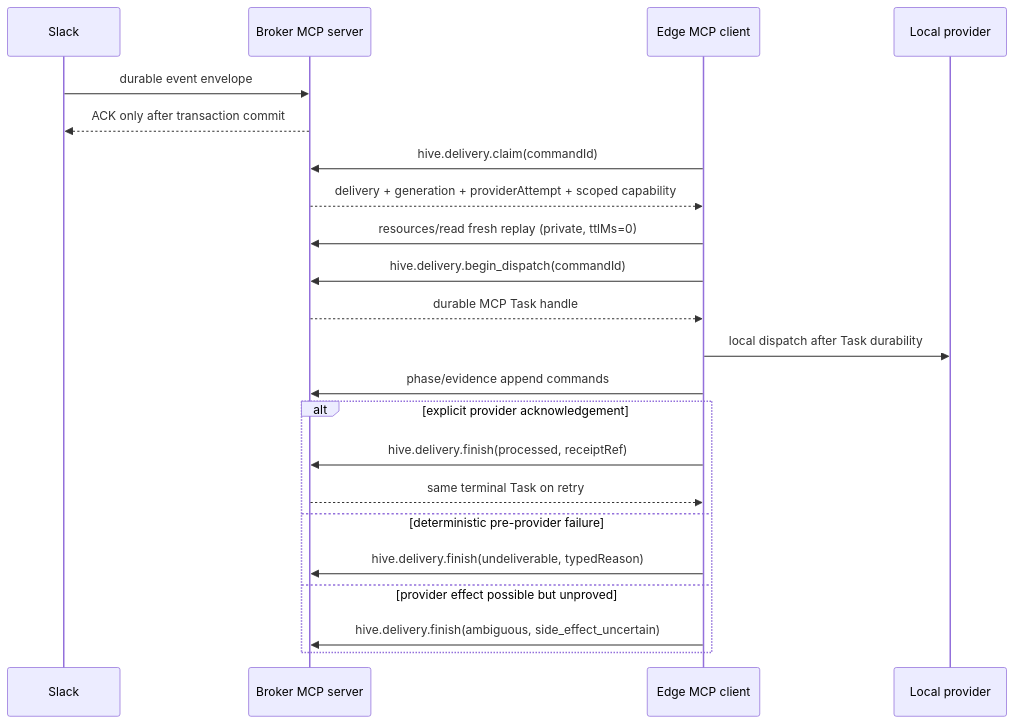
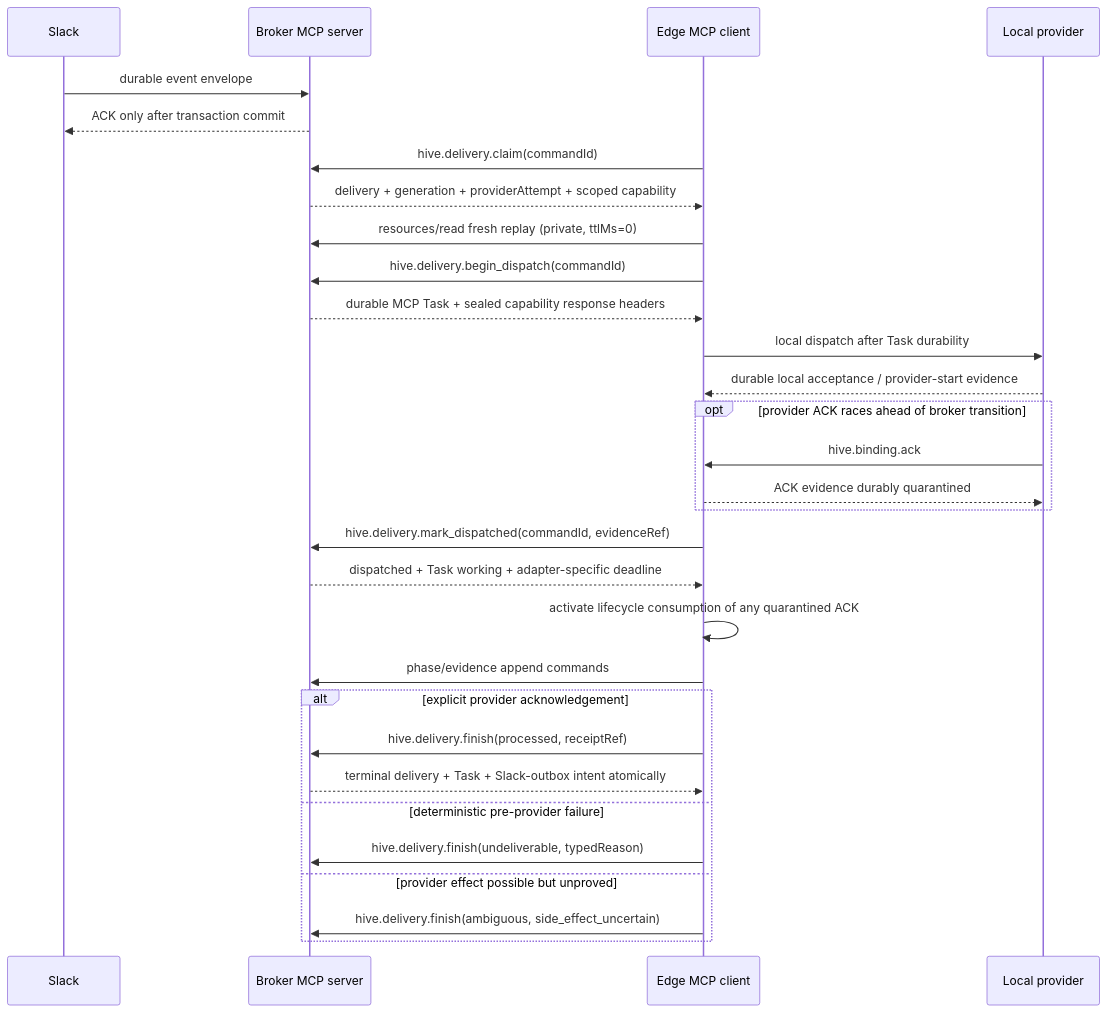
Before and after one commit to Skrates/hive: the second of 2 diagrams in docs/adr/0002-stateless-mcp-capability-plane.md, drawn with Mermaid. The commit also changed other lines of this file and 1 other file, not shown here.

Commit message:
docs(adr): close Hive v0.4 review gaps

````diff
--- a/docs/adr/0002-stateless-mcp-capability-plane.md
+++ b/docs/adr/0002-stateless-mcp-capability-plane.md
@@ -66,25 +67,33 @@
 ```mermaid
 sequenceDiagram
   participant S as Slack
   participant B as Broker MCP server
   participant E as Edge MCP client
   participant P as Local provider
 
   S->>B: durable event envelope
   B-->>S: ACK only after transaction commit
   E->>B: hive.delivery.claim(commandId)
   B-->>E: delivery + generation + providerAttempt + scoped capability
   E->>B: resources/read fresh replay (private, ttlMs=0)
   E->>B: hive.delivery.begin_dispatch(commandId)
-  B-->>E: durable MCP Task handle
+  B-->>E: durable MCP Task + sealed capability response headers
   E->>P: local dispatch after Task durability
+  P-->>E: durable local acceptance / provider-start evidence
+  opt provider ACK races ahead of broker transition
+    P->>E: hive.binding.ack
+    E-->>P: ACK evidence durably quarantined
+  end
+  E->>B: hive.delivery.mark_dispatched(commandId, evidenceRef)
+  B-->>E: dispatched + Task working + adapter-specific deadline
+  E->>E: activate lifecycle consumption of any quarantined ACK
   E->>B: phase/evidence append commands
   alt explicit provider acknowledgement
     E->>B: hive.delivery.finish(processed, receiptRef)
-    B-->>E: same terminal Task on retry
+    B-->>E: terminal delivery + Task + Slack-outbox intent atomically
   else deterministic pre-provider failure
     E->>B: hive.delivery.finish(undeliverable, typedReason)
   else provider effect possible but unproved
     E->>B: hive.delivery.finish(ambiguous, side_effect_uncertain)
   end
 ```
````
